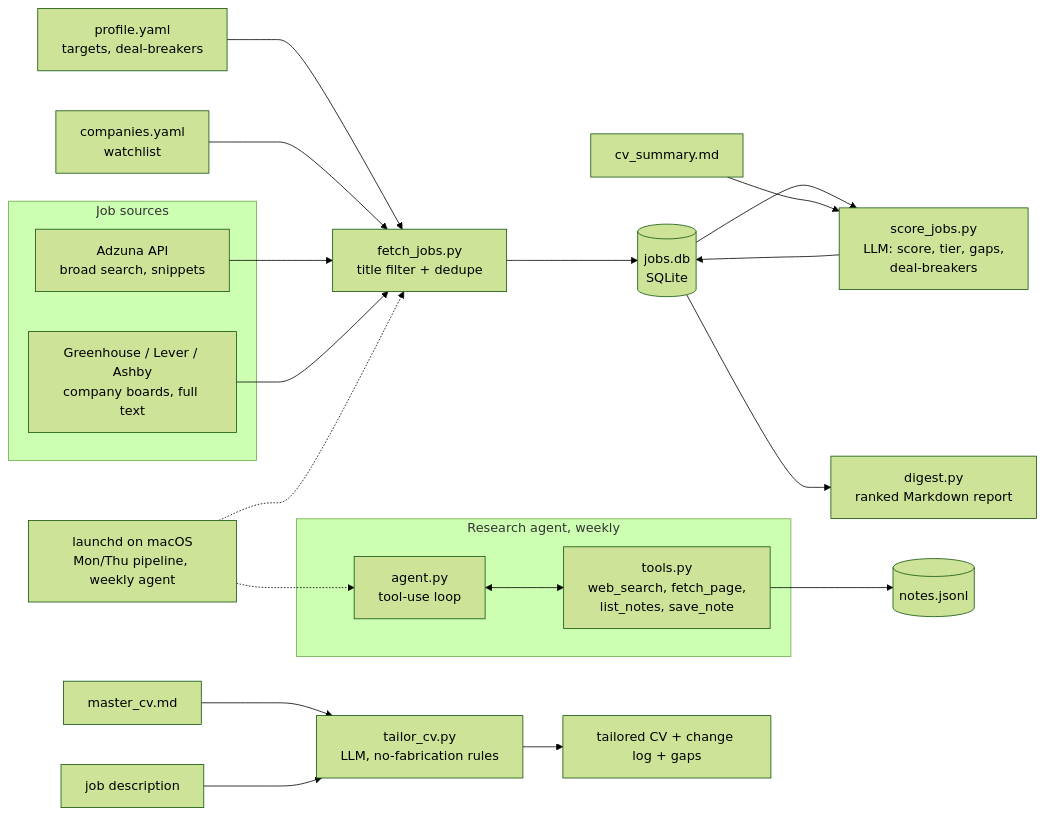
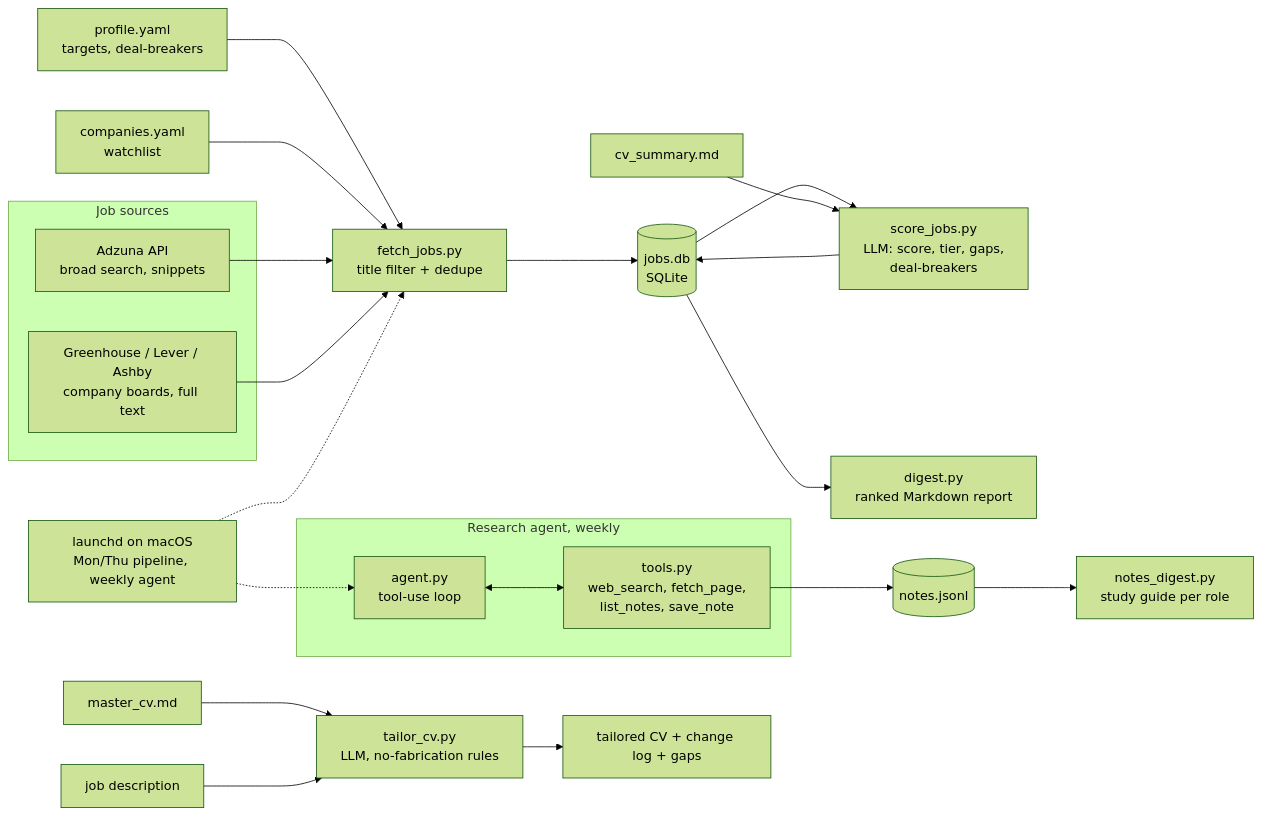
Before and after one commit to yumzh3/job_agent: the diagram in README.md, drawn with Mermaid (forest theme). The commit also changed other lines of this file and 4 other files, not shown here.

Commit message:
Add notes digest: study guide per role

````diff
--- a/README.md
+++ b/README.md
@@ -15,28 +15,29 @@
 ```mermaid
 flowchart LR
     subgraph sources[Job sources]
         AZ[Adzuna API<br/>broad search, snippets]
         BD[Greenhouse / Lever / Ashby<br/>company boards, full text]
     end
     P[profile.yaml<br/>targets, deal-breakers] --> F
     C[companies.yaml<br/>watchlist] --> F
     AZ --> F[fetch_jobs.py<br/>title filter + dedupe]
     BD --> F
     F --> DB[(jobs.db<br/>SQLite)]
     DB --> S[score_jobs.py<br/>LLM: score, tier, gaps,<br/>deal-breakers]
     CV[cv_summary.md] --> S
     S --> DB
     DB --> D[digest.py<br/>ranked Markdown report]
 
     subgraph agent[Research agent, weekly]
         A[agent.py<br/>tool-use loop] <--> T[tools.py<br/>web_search, fetch_page,<br/>list_notes, save_note]
     end
     T --> N[(notes.jsonl)]
+    N --> ND[notes_digest.py<br/>study guide per role]
 
     M[master_cv.md] --> TC[tailor_cv.py<br/>LLM, no-fabrication rules]
     JD[job description] --> TC
     TC --> O[tailored CV + change log + gaps]
 
     L[launchd on macOS<br/>Mon/Thu pipeline, weekly agent] -.-> F
     L -.-> A
 ```
````
